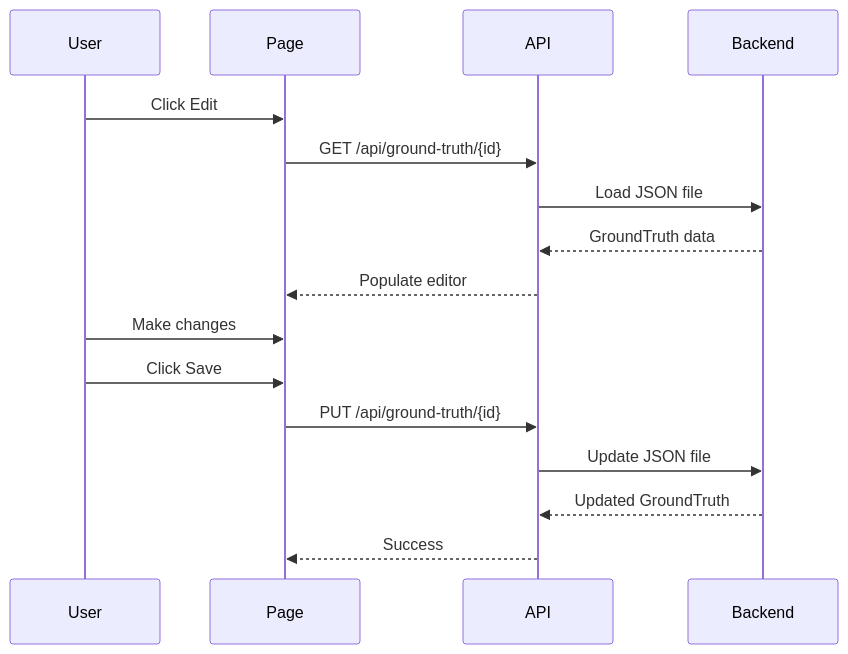
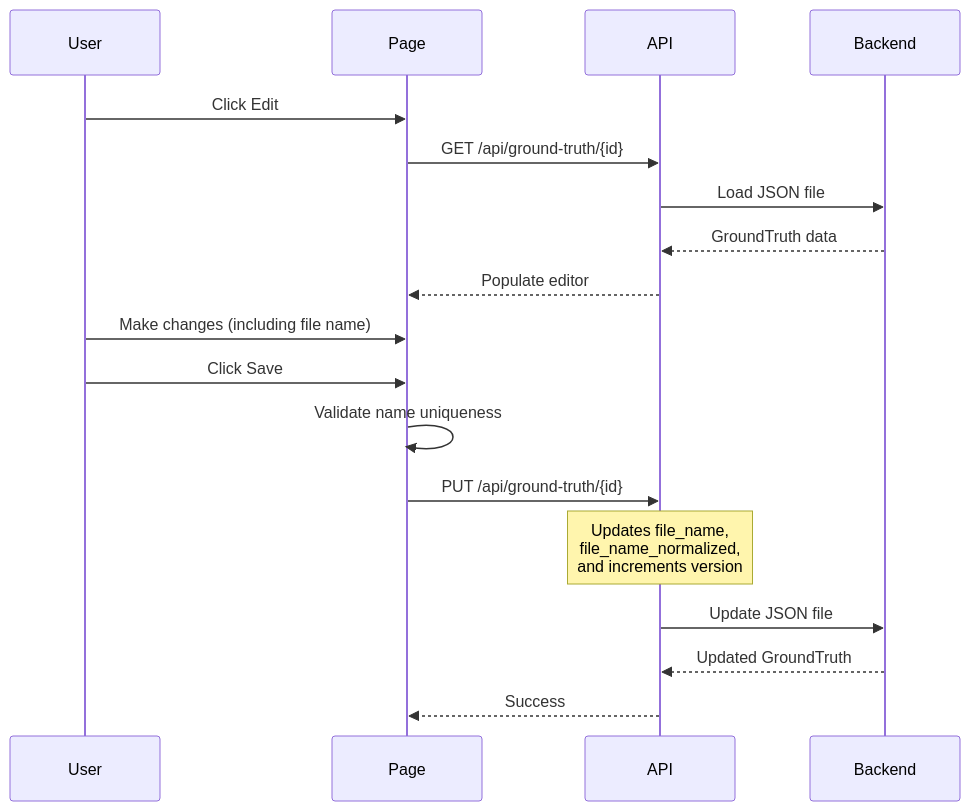
The third of 4 diagrams in frontend/src/components/GroundTruth/GROUND_TRUTH.md (dil-pkoppany/advanced-question-extraction-poc), drawn with Mermaid before and after one commit. The commit also changed other lines of this file and 12 other files, not shown here.

````diff
--- a/frontend/src/components/GroundTruth/GROUND_TRUTH.md
+++ b/frontend/src/components/GroundTruth/GROUND_TRUTH.md
@@ -114,21 +167,23 @@
 ```mermaid
 sequenceDiagram
     participant User
     participant Page
     participant API
     participant Backend
 
     User->>Page: Click Edit
     Page->>API: GET /api/ground-truth/{id}
     API->>Backend: Load JSON file
     Backend-->>API: GroundTruth data
     API-->>Page: Populate editor
 
-    User->>Page: Make changes
+    User->>Page: Make changes (including file name)
     User->>Page: Click Save
+    Page->>Page: Validate name uniqueness
 
     Page->>API: PUT /api/ground-truth/{id}
+    Note over API: Updates file_name,<br/>file_name_normalized,<br/>and increments version
     API->>Backend: Update JSON file
     Backend-->>API: Updated GroundTruth
     API-->>Page: Success
 ```
````
